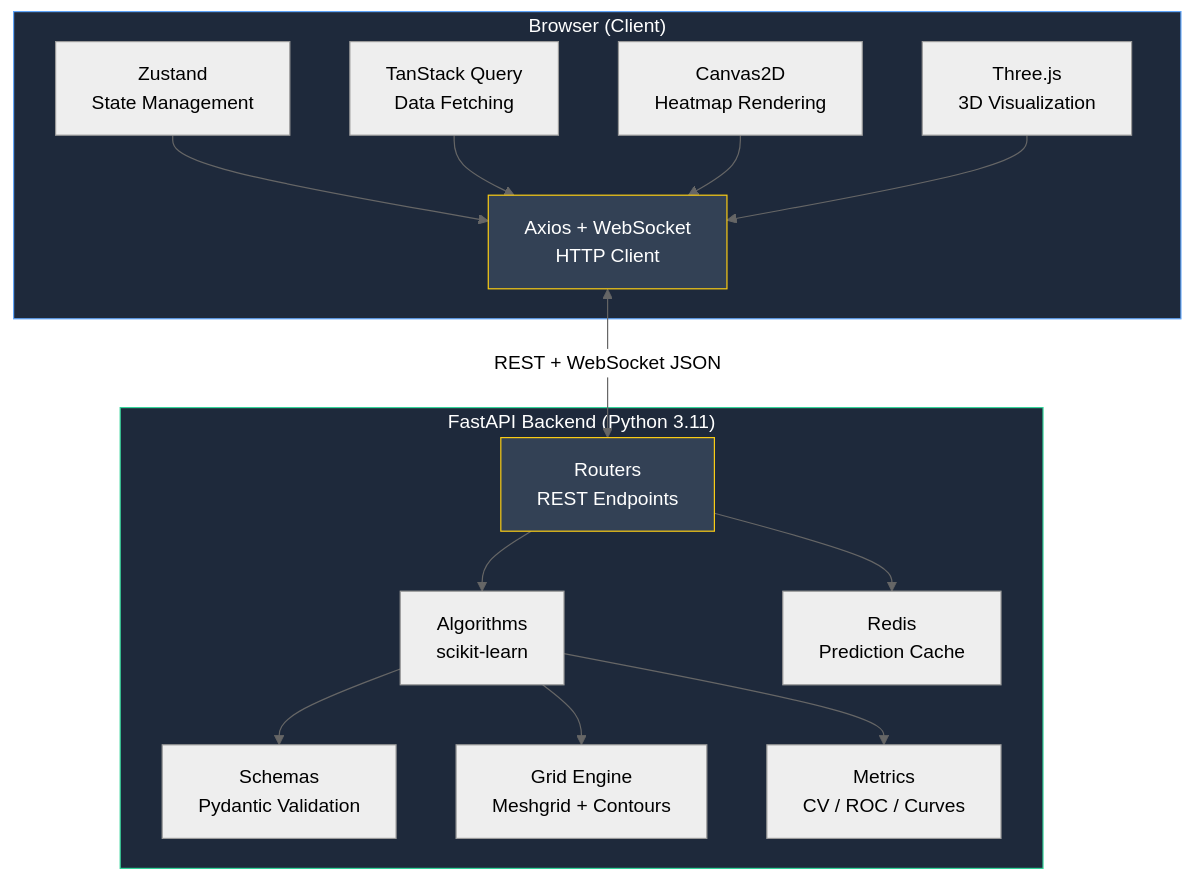
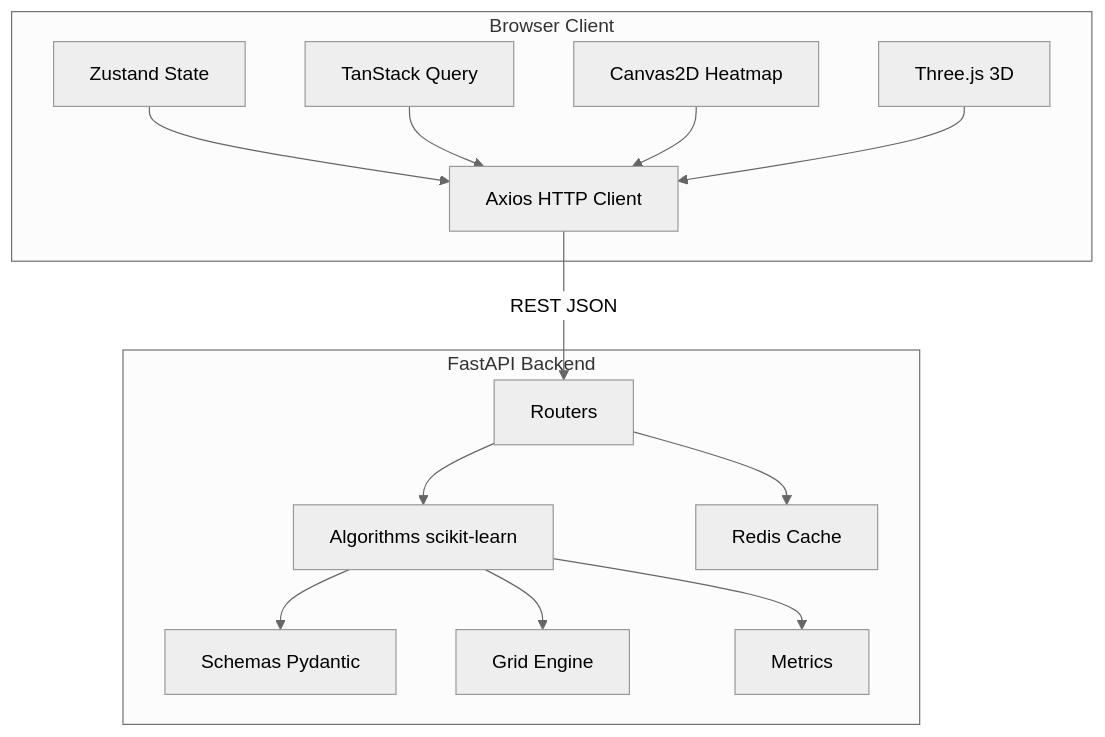
One commit to mahirmlk/Confluence changed the first of 3 diagrams in README.md. Above: the diagram before and after it, drawn with Mermaid (neutral theme). The commit also changed other lines of this file, not shown here.

Commit message:
docs(readme): simplify Mermaid diagrams for GitHub compatibility

````diff
--- a/README.md
+++ b/README.md
@@ -206,35 +206,30 @@
 ```mermaid
 graph TB
-    subgraph Browser["Browser (Client)"]
-        Z[Zustand<br/>State Management]
-        TQ[TanStack Query<br/>Data Fetching]
-        C2D[Canvas2D<br/>Heatmap Rendering]
-        TJS[Three.js<br/>3D Visualization]
-        AX[Axios + WebSocket<br/>HTTP Client]
+    subgraph Browser["Browser Client"]
+        Z["Zustand State"]
+        TQ["TanStack Query"]
+        C2D["Canvas2D Heatmap"]
+        TJS["Three.js 3D"]
+        AX["Axios HTTP Client"]
     end
 
-    subgraph Backend["FastAPI Backend (Python 3.11)"]
-        R[Routers<br/>REST Endpoints]
-        AL[Algorithms<br/>scikit-learn]
-        SC[Schemas<br/>Pydantic Validation]
-        GE[Grid Engine<br/>Meshgrid + Contours]
-        M[Metrics<br/>CV / ROC / Curves]
-        RD[Redis<br/>Prediction Cache]
+    subgraph Backend["FastAPI Backend"]
+        R["Routers"]
+        AL["Algorithms scikit-learn"]
+        SC["Schemas Pydantic"]
+        GE["Grid Engine"]
+        M["Metrics"]
+        RD["Redis Cache"]
     end
 
     Z --> AX
     TQ --> AX
     C2D --> AX
     TJS --> AX
-    AX <-->|REST + WebSocket JSON| R
+    AX -->|"REST JSON"| R
     R --> AL
     AL --> SC
     AL --> GE
     AL --> M
     R --> RD
-
-    style Browser fill:#1e293b,stroke:#60a5fa,color:#fff
-    style Backend fill:#1e293b,stroke:#34d399,color:#fff
-    style AX fill:#334155,stroke:#facc15,color:#fff
-    style R fill:#334155,stroke:#facc15,color:#fff
 ```
````
